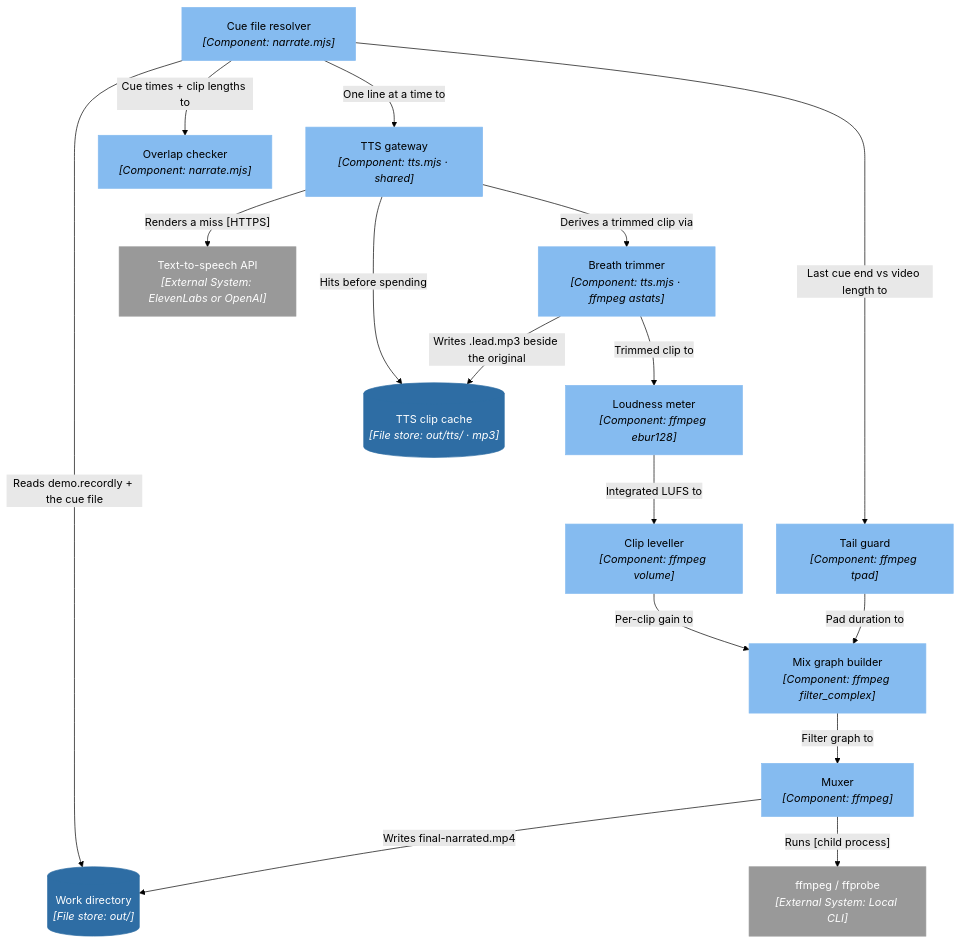
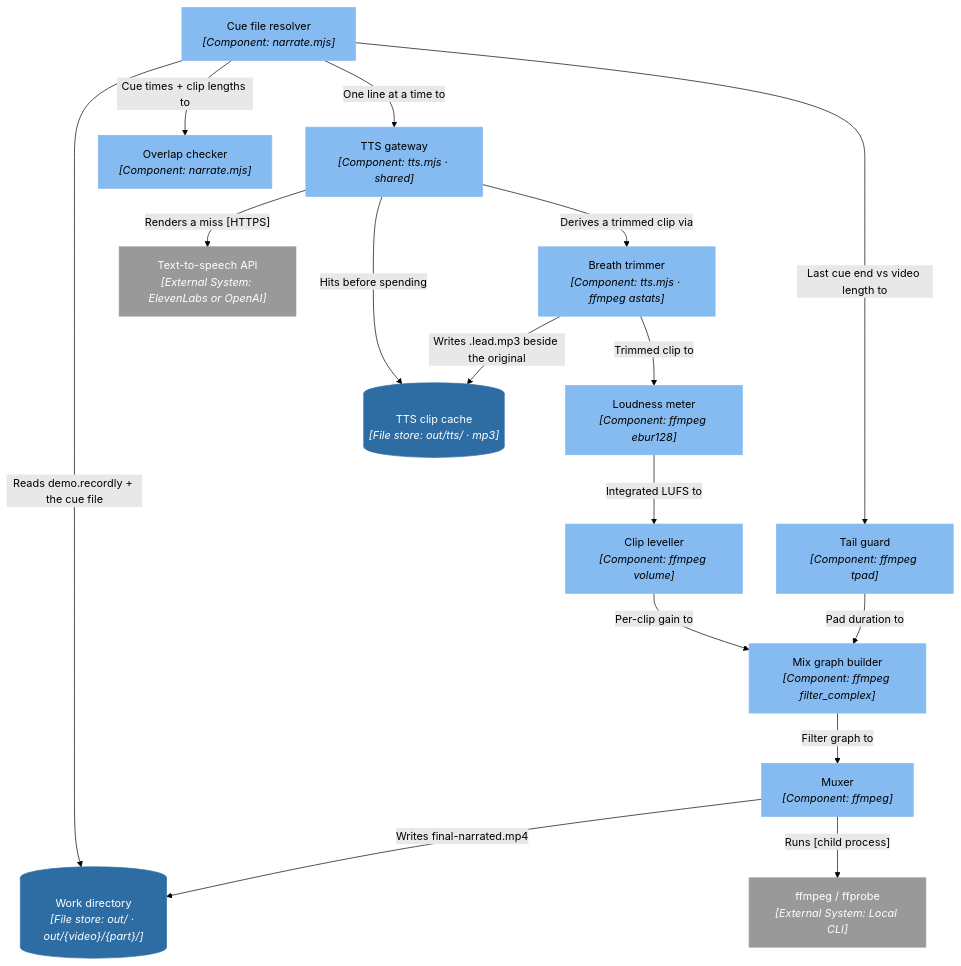
The ninth of 13 diagrams in docs/C4.md (ssunduko/product-video), drawn with Mermaid (forest theme) before and after one commit. The commit also changed other lines of this file and 21 other files, not shown here.

````diff
--- a/docs/C4.md
+++ b/docs/C4.md
@@ -564,40 +616,40 @@
 ```mermaid
 flowchart TD
-  n73["Cue file resolver<br/><i>[Component: narrate.mjs]</i>"]
-  n74["TTS gateway<br/><i>[Component: tts.mjs · shared]</i>"]
-  n75["Breath trimmer<br/><i>[Component: tts.mjs · ffmpeg astats]</i>"]
-  n76["Loudness meter<br/><i>[Component: ffmpeg ebur128]</i>"]
-  n77["Clip leveller<br/><i>[Component: ffmpeg volume]</i>"]
-  n78["Overlap checker<br/><i>[Component: narrate.mjs]</i>"]
-  n79["Tail guard<br/><i>[Component: ffmpeg tpad]</i>"]
-  n80["Mix graph builder<br/><i>[Component: ffmpeg filter_complex]</i>"]
-  n81["Muxer<br/><i>[Component: ffmpeg]</i>"]
-  n22[("TTS clip cache<br/><i>[File store: out/tts/ · mp3]</i>")]
+  n81["Cue file resolver<br/><i>[Component: narrate.mjs]</i>"]
+  n82["TTS gateway<br/><i>[Component: tts.mjs · shared]</i>"]
+  n83["Breath trimmer<br/><i>[Component: tts.mjs · ffmpeg astats]</i>"]
+  n84["Loudness meter<br/><i>[Component: ffmpeg ebur128]</i>"]
+  n85["Clip leveller<br/><i>[Component: ffmpeg volume]</i>"]
+  n86["Overlap checker<br/><i>[Component: narrate.mjs]</i>"]
+  n87["Tail guard<br/><i>[Component: ffmpeg tpad]</i>"]
+  n88["Mix graph builder<br/><i>[Component: ffmpeg filter_complex]</i>"]
+  n89["Muxer<br/><i>[Component: ffmpeg]</i>"]
+  n23[("TTS clip cache<br/><i>[File store: out/tts/ · mp3]</i>")]
   n6["Text-to-speech API<br/><i>[External System: ElevenLabs or OpenAI]</i>"]
-  n21[("Work directory<br/><i>[File store: out/]</i>")]
+  n22[("Work directory<br/><i>[File store: out/ · out/{video}/{part}/]</i>")]
   n5["ffmpeg / ffprobe<br/><i>[External System: Local CLI]</i>"]
-  n73 -->|"Reads demo.recordly + the cue file"| n21
-  n73 -->|"One line at a time to"| n74
-  n74 -->|"Hits before spending"| n22
-  n74 -->|"Renders a miss [HTTPS]"| n6
-  n74 -->|"Derives a trimmed clip via"| n75
-  n75 -->|"Writes .lead.mp3 beside the original"| n22
-  n75 -->|"Trimmed clip to"| n76
-  n76 -->|"Integrated LUFS to"| n77
-  n73 -->|"Cue times + clip lengths to"| n78
-  n73 -->|"Last cue end vs video length to"| n79
-  n77 -->|"Per-clip gain to"| n80
-  n79 -->|"Pad duration to"| n80
-  n80 -->|"Filter graph to"| n81
-  n81 -->|"Runs [child process]"| n5
-  n81 -->|"Writes final-narrated.mp4"| n21
+  n81 -->|"Reads demo.recordly + the cue file"| n22
+  n81 -->|"One line at a time to"| n82
+  n82 -->|"Hits before spending"| n23
+  n82 -->|"Renders a miss [HTTPS]"| n6
+  n82 -->|"Derives a trimmed clip via"| n83
+  n83 -->|"Writes .lead.mp3 beside the original"| n23
+  n83 -->|"Trimmed clip to"| n84
+  n84 -->|"Integrated LUFS to"| n85
+  n81 -->|"Cue times + clip lengths to"| n86
+  n81 -->|"Last cue end vs video length to"| n87
+  n85 -->|"Per-clip gain to"| n88
+  n87 -->|"Pad duration to"| n88
+  n88 -->|"Filter graph to"| n89
+  n89 -->|"Runs [child process]"| n5
+  n89 -->|"Writes final-narrated.mp4"| n22
   classDef person fill:#08427b,stroke:#08427b,color:#ffffff;
   classDef system fill:#1168bd,stroke:#1168bd,color:#ffffff;
   classDef external fill:#999999,stroke:#999999,color:#ffffff;
   classDef container fill:#438dd5,stroke:#438dd5,color:#ffffff;
   classDef store fill:#2e6da4,stroke:#2e6da4,color:#ffffff;
   classDef component fill:#85bbf0,stroke:#85bbf0,color:#000000;
   class n6,n5 external;
-  class n22,n21 store;
-  class n73,n74,n75,n76,n77,n78,n79,n80,n81 component;
+  class n23,n22 store;
+  class n81,n82,n83,n84,n85,n86,n87,n88,n89 component;
 ```
````
